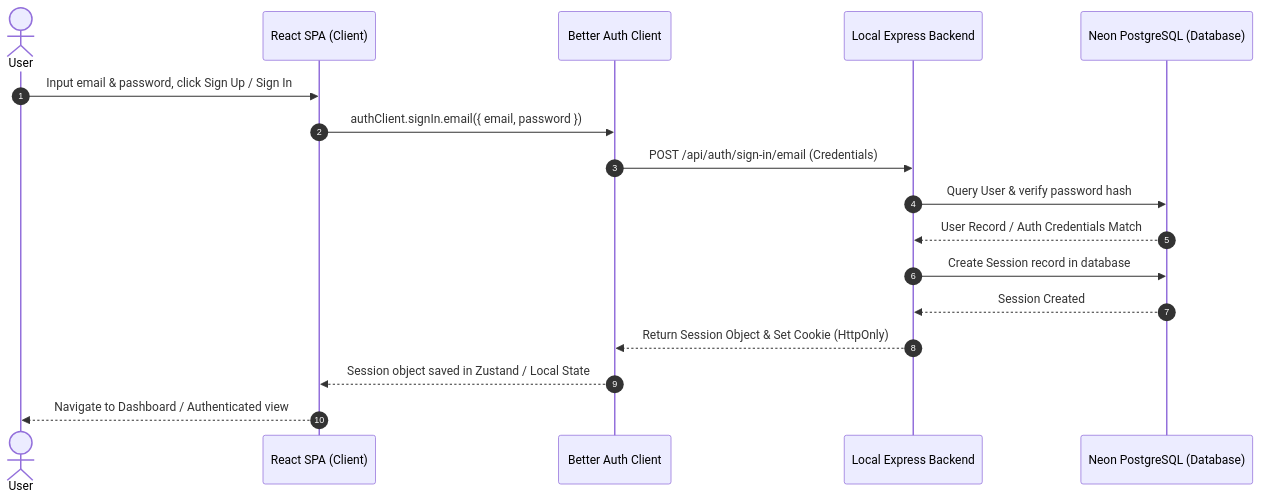
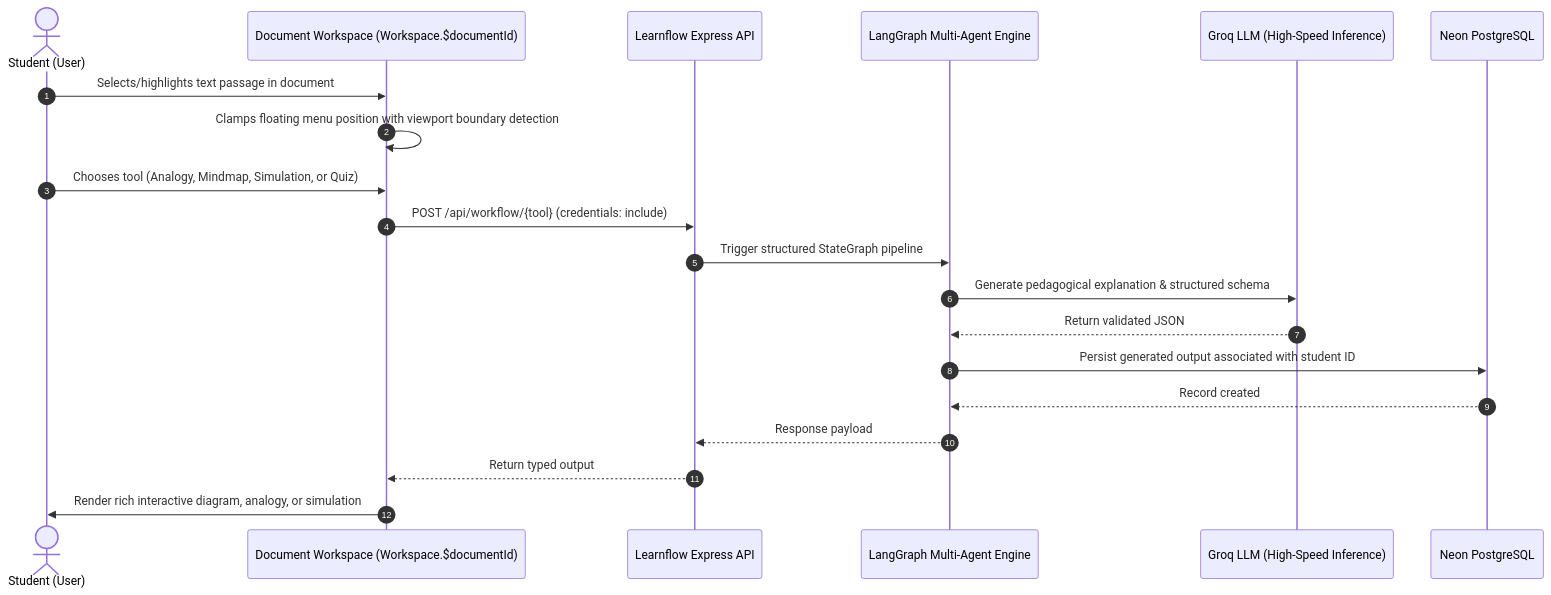
The second of 3 diagrams in README.md (RohitChintalapudi/Learnflowai-frontend), drawn with Mermaid before and after one commit. The commit also changed other lines of this file, not shown here.

Commit message:
docs: update README with comprehensive architecture and feature documentation

````diff
--- a/README.md
+++ b/README.md
@@ -83,20 +121,23 @@
 ```mermaid
 sequenceDiagram
     autonumber
-    actor User
-    participant App as React SPA (Client)
-    participant AuthClient as Better Auth Client
-    participant API as Local Express Backend
-    participant DB as Neon PostgreSQL (Database)
+    actor Student as Student (User)
+    participant UI as Document Workspace (Workspace.$documentId)
+    participant API as Learnflow Express API
+    participant Graph as LangGraph Multi-Agent Engine
+    participant LLM as Groq LLM (High-Speed Inference)
+    participant DB as Neon PostgreSQL
 
-    User->>App: Input email & password, click Sign Up / Sign In
-    App->>AuthClient: authClient.signIn.email({ email, password })
-    AuthClient->>API: POST /api/auth/sign-in/email (Credentials)
-    API->>DB: Query User & verify password hash
-    DB-->>API: User Record / Auth Credentials Match
-    API->>DB: Create Session record in database
-    DB-->>API: Session Created
-    API-->>AuthClient: Return Session Object & Set Cookie (HttpOnly)
-    AuthClient-->>App: Session object saved in Zustand / Local State
-    App-->>User: Navigate to Dashboard / Authenticated view
+    Student->>UI: Selects/highlights text passage in document
+    UI->>UI: Clamps floating menu position with viewport boundary detection
+    Student->>UI: Chooses tool (Analogy, Mindmap, Simulation, or Quiz)
+    UI->>API: POST /api/workflow/{tool} (credentials: include)
+    API->>Graph: Trigger structured StateGraph pipeline
+    Graph->>LLM: Generate pedagogical explanation & structured schema
+    LLM-->>Graph: Return validated JSON
+    Graph->>DB: Persist generated output associated with student ID
+    DB-->>Graph: Record created
+    Graph-->>API: Response payload
+    API-->>UI: Return typed output
+    UI->>Student: Render rich interactive diagram, analogy, or simulation
 ```
````
